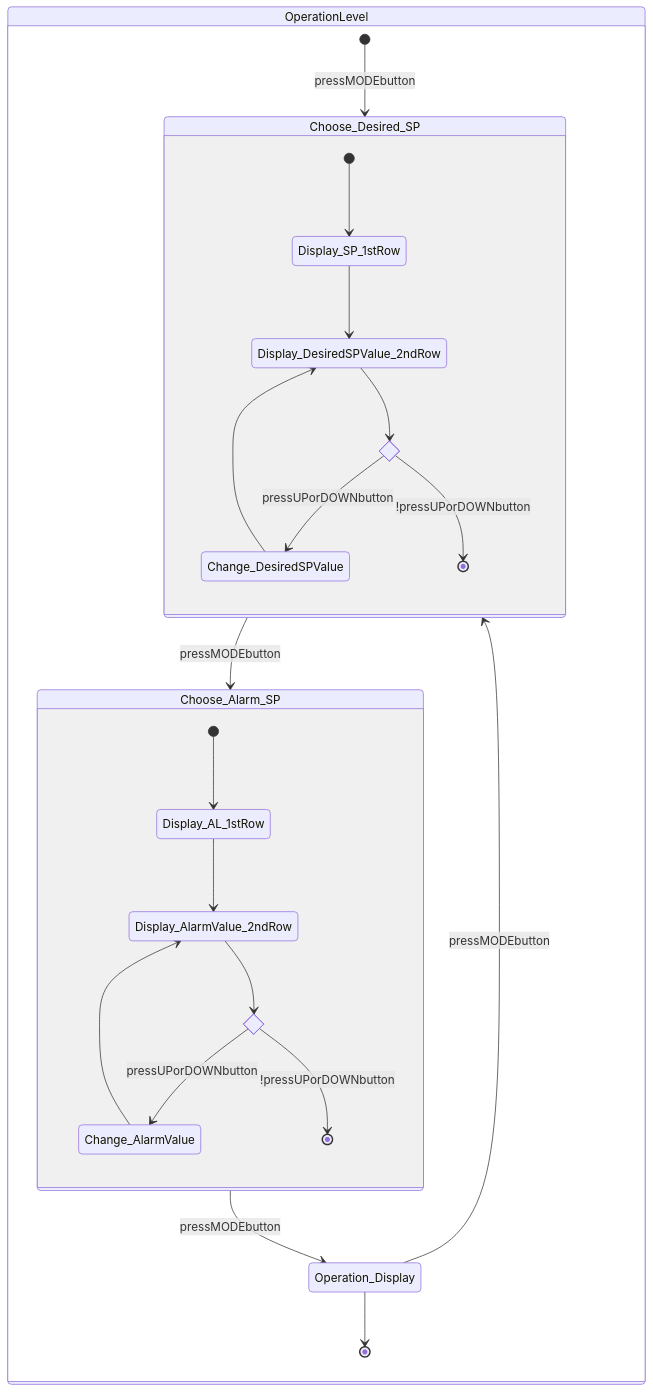
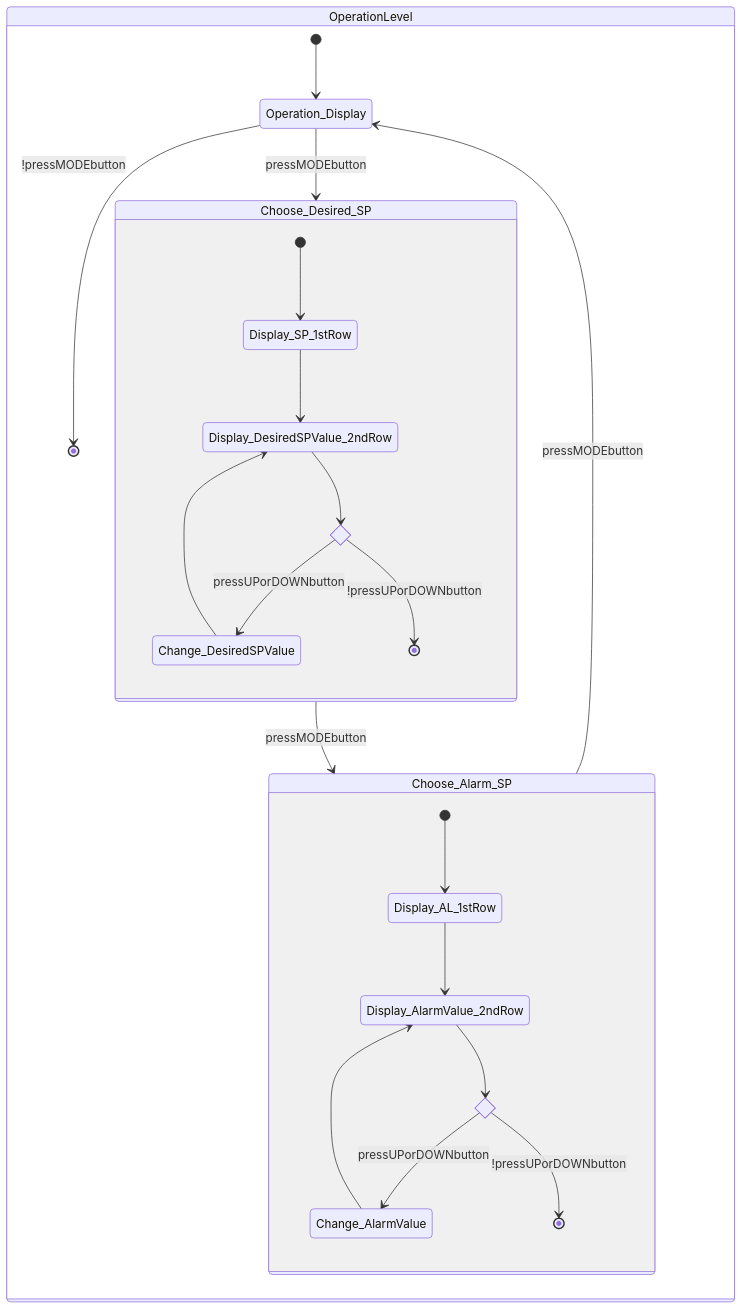
One commit to sondhg/embedded-control-fsm changed the second of 10 diagrams in README.md. Above: the diagram before and after it, drawn with Mermaid.

Commit message:
refactor state diagram transitions for clarity and flow

````diff
--- a/README.md
+++ b/README.md
@@ -93,38 +93,36 @@
 ```mermaid
 stateDiagram-v2
     direction TB
 
     state OperationLevel {
 
 
-            [*] --> Choose_Desired_SP: pressMODEbutton
-
+            [*] --> Operation_Display
+            Operation_Display --> Choose_Desired_SP: pressMODEbutton
             Choose_Desired_SP --> Choose_Alarm_SP: pressMODEbutton
             Choose_Alarm_SP --> Operation_Display: pressMODEbutton
-            Operation_Display --> Choose_Desired_SP: pressMODEbutton
-
-            Operation_Display --> [*]
+            Operation_Display --> [*]: !pressMODEbutton
 
 
             state Choose_Alarm_SP {
                 [*] --> Display_AL_1stRow
                 Display_AL_1stRow --> Display_AlarmValue_2ndRow
 
                     state if_state_change_alarm_SP_value <<choice>>
                     Display_AlarmValue_2ndRow --> if_state_change_alarm_SP_value
                     if_state_change_alarm_SP_value --> Change_AlarmValue: pressUPorDOWNbutton
                     Change_AlarmValue --> Display_AlarmValue_2ndRow
                     if_state_change_alarm_SP_value --> [*]: !pressUPorDOWNbutton
                 }
             state Choose_Desired_SP {
                 [*] --> Display_SP_1stRow
                 Display_SP_1stRow --> Display_DesiredSPValue_2ndRow
 
                     state if_state_change_desired_SP_value <<choice>>
                     Display_DesiredSPValue_2ndRow --> if_state_change_desired_SP_value
                     if_state_change_desired_SP_value --> Change_DesiredSPValue: pressUPorDOWNbutton
                     Change_DesiredSPValue --> Display_DesiredSPValue_2ndRow
                     if_state_change_desired_SP_value --> [*]: !pressUPorDOWNbutton
                 }
         }
 ```
````
